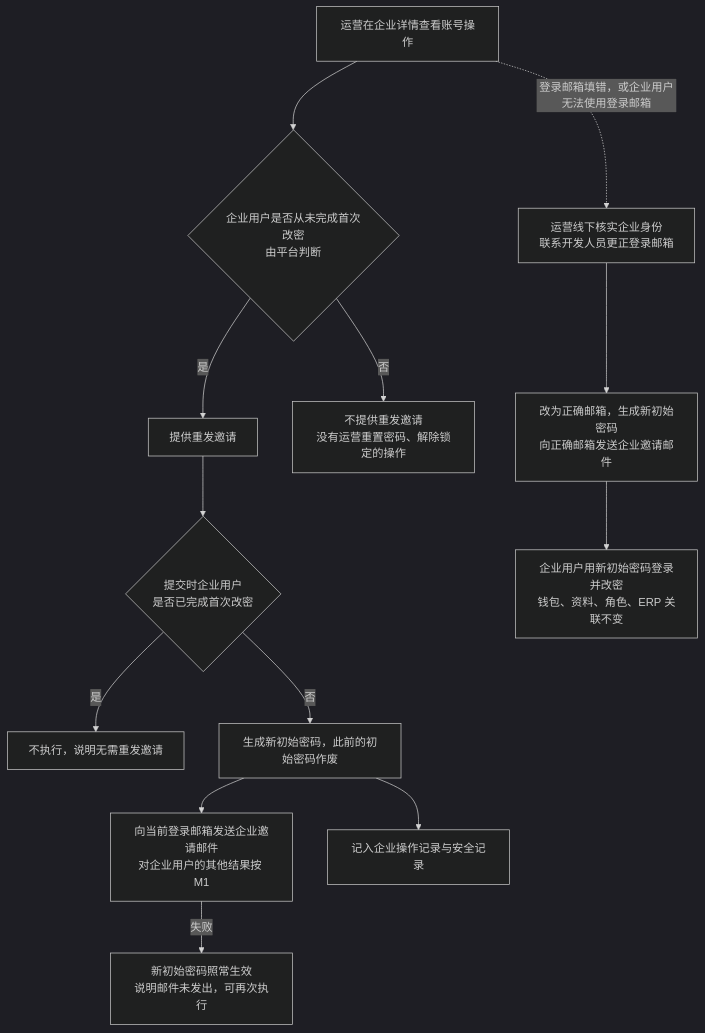
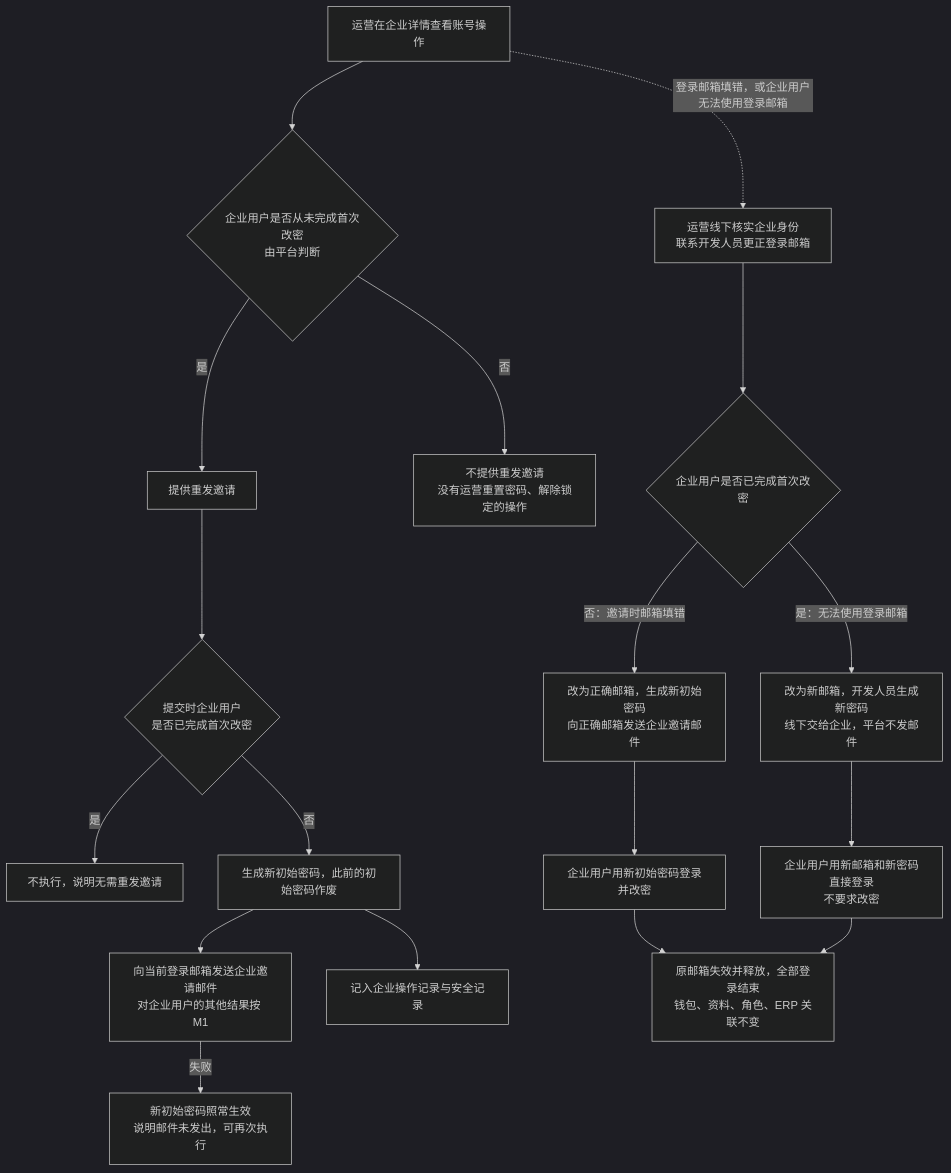
Before and after one commit to wxblockchain/Chain-Financing: the fourth of 7 diagrams in asset-trust-platform/PRD/运营端/M2-运营登录与企业管理/02-运营登录与企业管理-流程图与状态机.md, drawn with Mermaid (dark theme). The commit also changed 3 other files, not shown here.

````diff
--- a/asset-trust-platform/PRD/运营端/M2-运营登录与企业管理/02-运营登录与企业管理-流程图与状态机.md
+++ b/asset-trust-platform/PRD/运营端/M2-运营登录与企业管理/02-运营登录与企业管理-流程图与状态机.md
@@ -117,15 +117,20 @@
 ```mermaid
 flowchart TD
     A[运营在企业详情查看账号操作] --> B{企业用户是否从未完成首次改密<br/>由平台判断}
     B -->|是| C[提供重发邀请]
     C --> E{提交时企业用户<br/>是否已完成首次改密}
     E -->|是| E0[不执行，说明无需重发邀请]
     E -->|否| E2[生成新初始密码，此前的初始密码作废]
     E2 --> E3[向当前登录邮箱发送企业邀请邮件<br/>对企业用户的其他结果按 M1]
     E3 -->|失败| H[新初始密码照常生效<br/>说明邮件未发出，可再次执行]
     E2 --> Z[记入企业操作记录与安全记录]
     B -->|否| N[不提供重发邀请<br/>没有运营重置密码、解除锁定的操作]
     A -.->|登录邮箱填错，或企业用户无法使用登录邮箱| P[运营线下核实企业身份<br/>联系开发人员更正登录邮箱]
-    P --> Q[改为正确邮箱，生成新初始密码<br/>向正确邮箱发送企业邀请邮件]
-    Q --> R[企业用户用新初始密码登录并改密<br/>钱包、资料、角色、ERP 关联不变]
+    P --> P1{企业用户是否已完成首次改密}
+    P1 -->|否：邀请时邮箱填错| Q[改为正确邮箱，生成新初始密码<br/>向正确邮箱发送企业邀请邮件]
+    Q --> R[企业用户用新初始密码登录并改密]
+    P1 -->|是：无法使用登录邮箱| Q2[改为新邮箱，开发人员生成新密码<br/>线下交给企业，平台不发邮件]
+    Q2 --> R2[企业用户用新邮箱和新密码直接登录<br/>不要求改密]
+    R --> S[原邮箱失效并释放，全部登录结束<br/>钱包、资料、角色、ERP 关联不变]
+    R2 --> S
 ```
````
